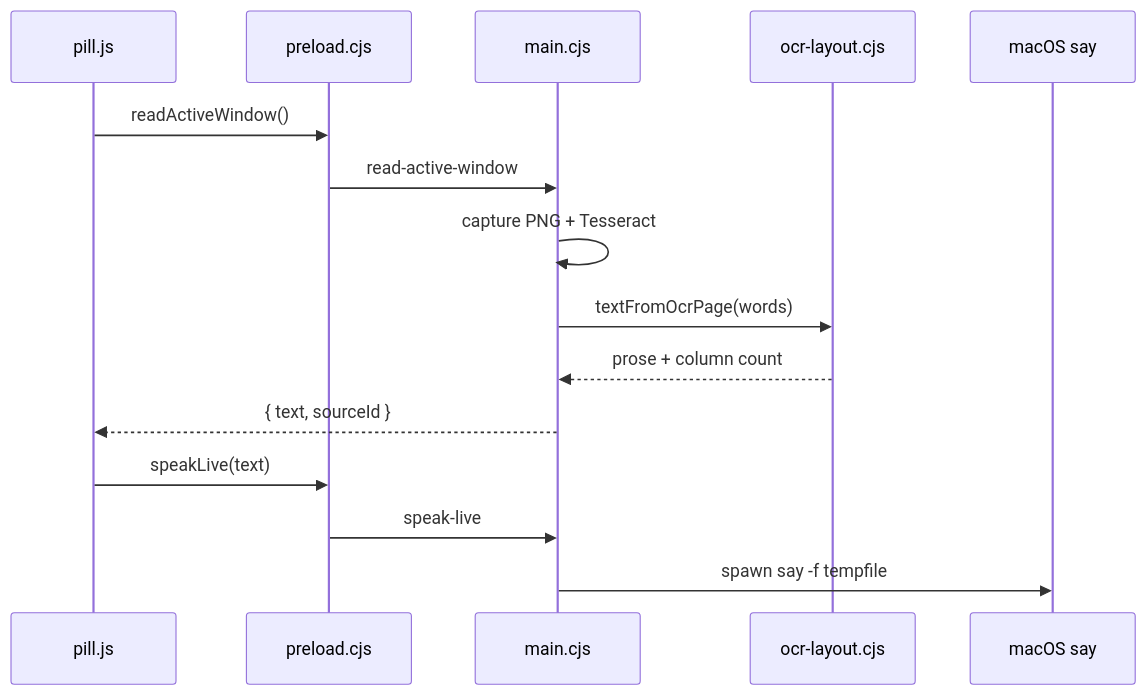
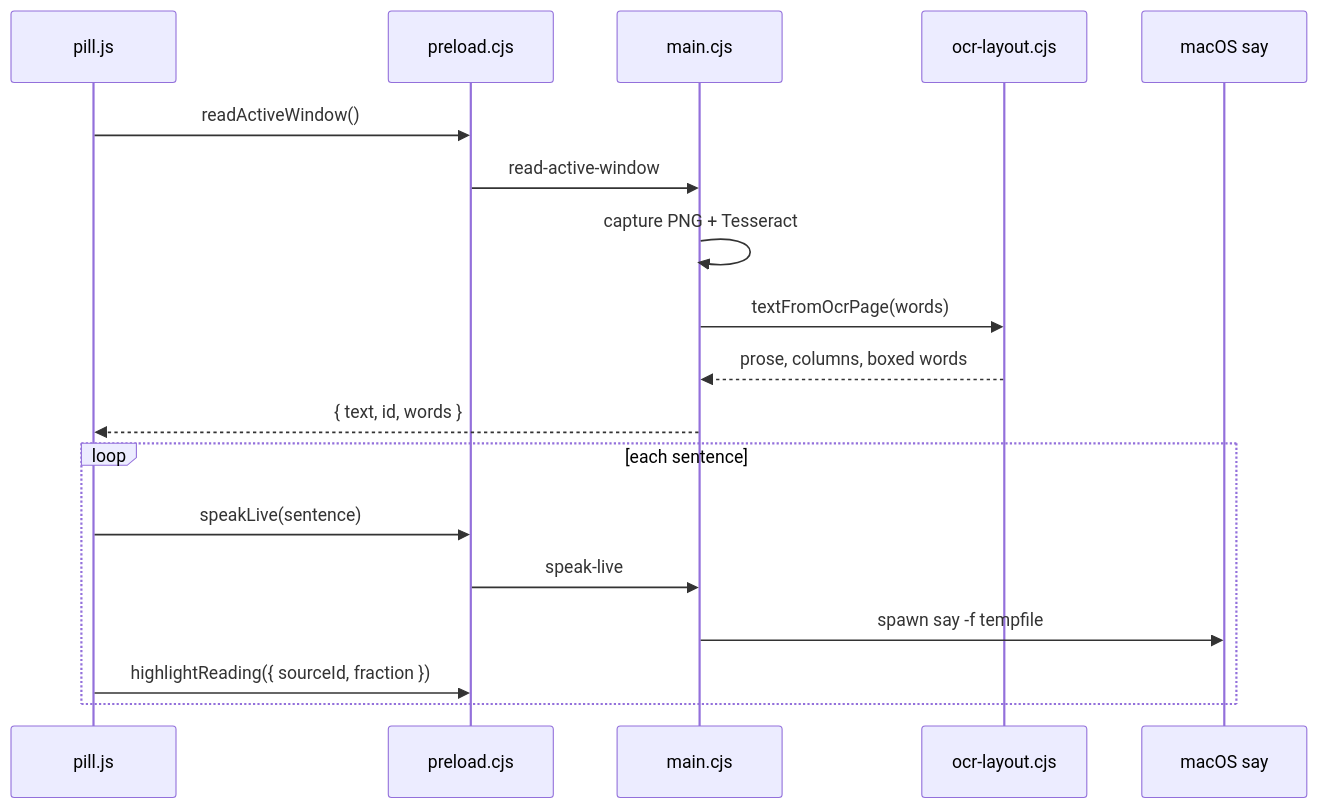
Before and after one commit to Techniclee22/Main-github: the diagram in docs/ARCHITECTURE.md, drawn with Mermaid. The commit also changed other lines of this file and 4 other files, not shown here.

First line of the commit message:
docs: describe per-sentence say and skip a main-side session rewrite

````diff
--- a/docs/ARCHITECTURE.md
+++ b/docs/ARCHITECTURE.md
@@ -40,18 +40,21 @@
 ```mermaid
 sequenceDiagram
   participant Pill as pill.js
   participant Bridge as preload.cjs
   participant Main as main.cjs
   participant OCR as ocr-layout.cjs
   participant Say as macOS say
 
   Pill->>Bridge: readActiveWindow()
   Bridge->>Main: read-active-window
   Main->>Main: capture PNG + Tesseract
   Main->>OCR: textFromOcrPage(words)
-  OCR-->>Main: prose + column count
-  Main-->>Pill: { text, sourceId }
-  Pill->>Bridge: speakLive(text)
-  Bridge->>Main: speak-live
-  Main->>Say: spawn say -f tempfile
+  OCR-->>Main: prose, columns, boxed words
+  Main-->>Pill: { text, id, words }
+  loop each sentence
+    Pill->>Bridge: speakLive(sentence)
+    Bridge->>Main: speak-live
+    Main->>Say: spawn say -f tempfile
+    Pill->>Bridge: highlightReading({ sourceId, fraction })
+  end
 ```
````
